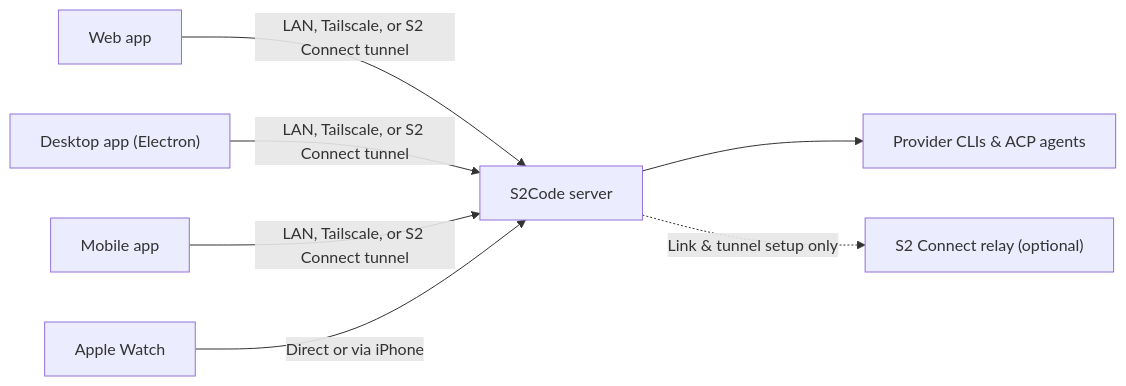
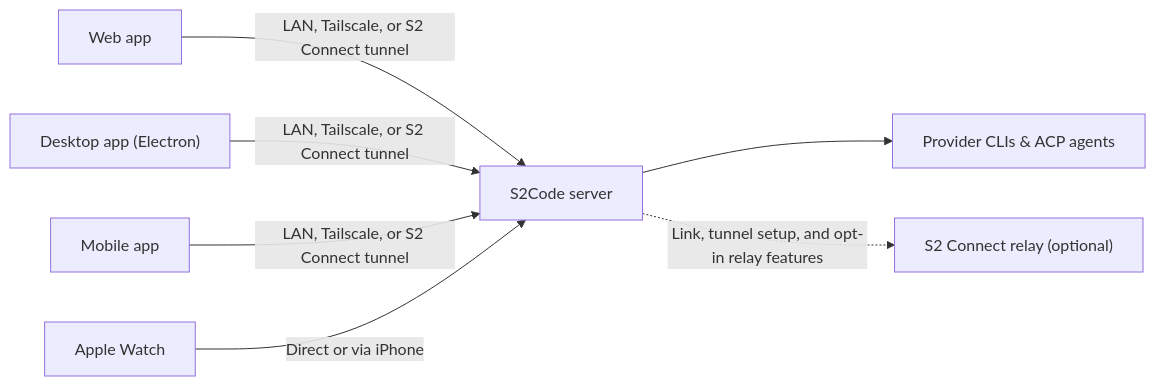
The diagram in README.md (shuv1337/s2code), drawn with Mermaid before and after one commit. The commit also changed other lines of this file and 6 other files, not shown here.

````diff
--- a/README.md
+++ b/README.md
@@ -56,15 +52,15 @@
 ```mermaid
 flowchart LR
   Web["Web app"]
   Desktop["Desktop app (Electron)"]
   Mobile["Mobile app"]
   Watch["Apple Watch"]
   Server["S2Code server"]
   Providers["Provider CLIs & ACP agents"]
   Relay["S2 Connect relay (optional)"]
 
   Web & Desktop & Mobile -->|"LAN, Tailscale, or S2 Connect tunnel"| Server
   Watch -->|"Direct or via iPhone"| Server
   Server --> Providers
-  Server -. "Link & tunnel setup only" .-> Relay
+  Server -.->|"Link, tunnel setup, and opt-in relay features"| Relay
 ```
````
